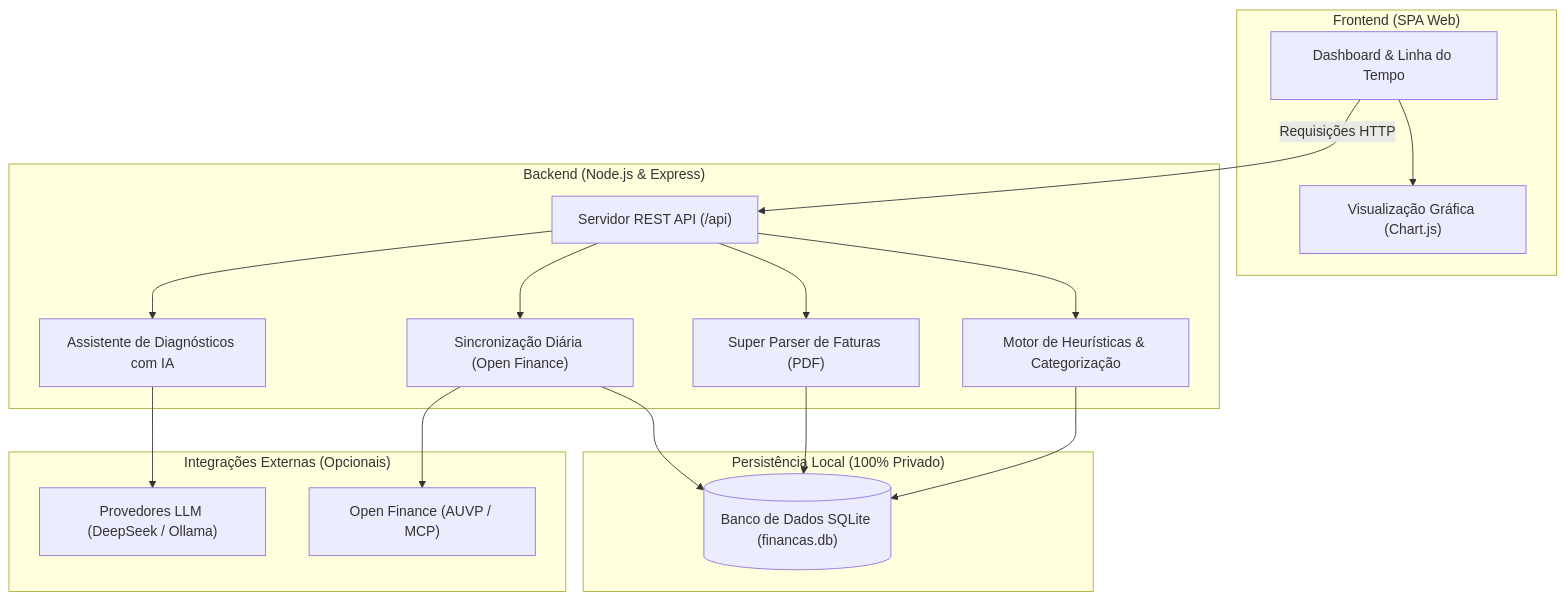
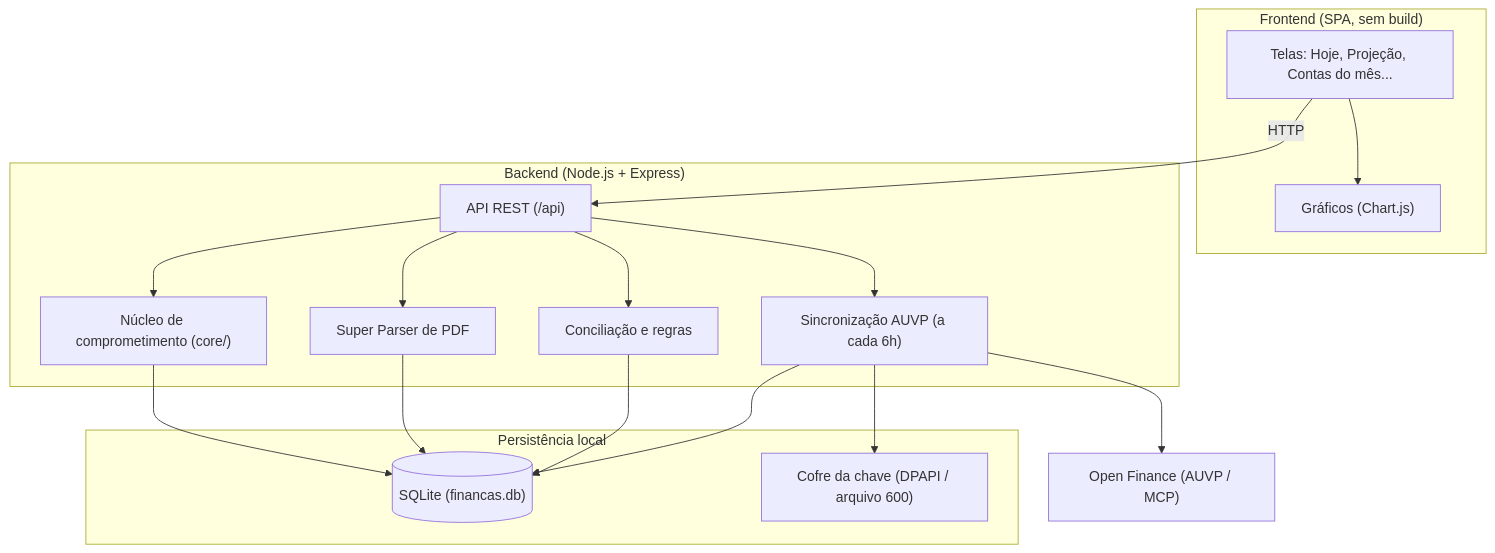
The diagram in README.md (EvanderLucena/leftover-finance), drawn with Mermaid before and after one commit. The commit also changed other lines of this file and 13 other files, not shown here.

````diff
--- a/README.md
+++ b/README.md
@@ -71,38 +232,36 @@
 ```mermaid
 flowchart TD
-    subgraph C1["Frontend (SPA Web)"]
-        UI["Dashboard & Linha do Tempo"]
-        Charts["Visualização Gráfica (Chart.js)"]
+    subgraph C1["Frontend (SPA, sem build)"]
+        UI["Telas: Hoje, Projeção, Contas do mês..."]
+        Charts["Gráficos (Chart.js)"]
         UI --> Charts
     end
 
-    subgraph C2["Backend (Node.js & Express)"]
-        API["Servidor REST API (/api)"]
-        Rules["Motor de Heurísticas & Categorização"]
-        Parser["Super Parser de Faturas (PDF)"]
-        Sync["Sincronização Diária (Open Finance)"]
-        AI["Assistente de Diagnósticos com IA"]
+    subgraph C2["Backend (Node.js + Express)"]
+        API["API REST (/api)"]
+        Core["Núcleo de comprometimento (core/)"]
+        Parser["Super Parser de PDF"]
+        Conc["Conciliação e regras"]
+        Sync["Sincronização AUVP (a cada 6h)"]
 
-        API --> Rules
+        API --> Core
         API --> Parser
+        API --> Conc
         API --> Sync
-        API --> AI
     end
 
-    subgraph C3["Persistência Local (100% Privado)"]
-        DB[("Banco de Dados SQLite (financas.db)")]
+    subgraph C3["Persistência local"]
+        DB[("SQLite (financas.db)")]
+        Cofre["Cofre da chave (DPAPI / arquivo 600)"]
     end
 
-    subgraph C4["Integrações Externas (Opcionais)"]
-        AUVP["Open Finance (AUVP / MCP)"]
-        LLM["Provedores LLM (DeepSeek / Ollama)"]
-    end
+    AUVP["Open Finance (AUVP / MCP)"]
 
-    UI -->|Requisições HTTP| API
-    Rules --> DB
+    UI -->|HTTP| API
+    Core --> DB
     Parser --> DB
+    Conc --> DB
     Sync --> DB
-
+    Sync --> Cofre
     Sync --> AUVP
-    AI --> LLM
 ```
````
